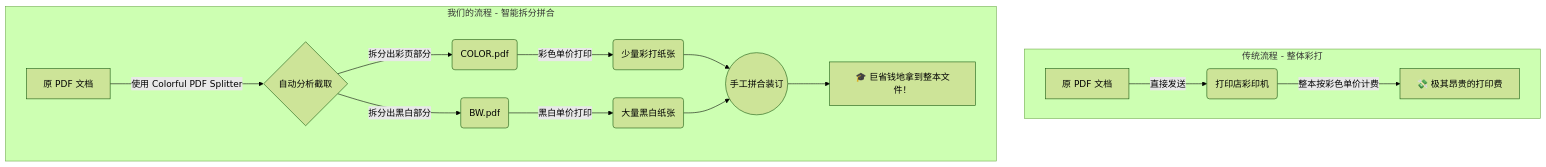
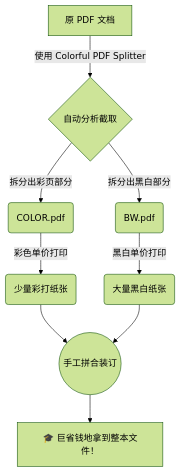
The diagram in README.md (chuanwise/colorful-pdf-splitter), drawn with Mermaid (forest theme) before and after one commit.

Commit message:
feat: 优化流程图

````diff
--- a/README.md
+++ b/README.md
@@ -6,18 +6,11 @@
 ```mermaid
 graph TD
-    subgraph 传统流程 - 整体彩打
-        A1[原 PDF 文档] -->|直接发送| B1(打印店彩印机)
-        B1 -->|整本按彩色单价计费| C1[💸 极其昂贵的打印费]
-    end
-
-    subgraph 我们的流程 - 智能拆分拼合
-        A2[原 PDF 文档] -->|使用 Colorful PDF Splitter| B2{自动分析截取}
-        B2 -->|拆分出彩页部分| C2(COLOR.pdf)
-        B2 -->|拆分出黑白部分| D2(BW.pdf)
-        C2 -->|彩色单价打印| E2(少量彩打纸张)
-        D2 -->|黑白单价打印| F2(大量黑白纸张)
-        E2 --> G2((手工拼合装订))
-        F2 --> G2
-        G2 --> H2[🎓 巨省钱地拿到整本文件！]
-    end
+    A2[原 PDF 文档] -->|使用 Colorful PDF Splitter| B2{自动分析截取}
+    B2 -->|拆分出彩页部分| C2(COLOR.pdf)
+    B2 -->|拆分出黑白部分| D2(BW.pdf)
+    C2 -->|彩色单价打印| E2(少量彩打纸张)
+    D2 -->|黑白单价打印| F2(大量黑白纸张)
+    E2 --> G2((手工拼合装订))
+    F2 --> G2
+    G2 --> H2[🎓 巨省钱地拿到整本文件！]
 ```
````
